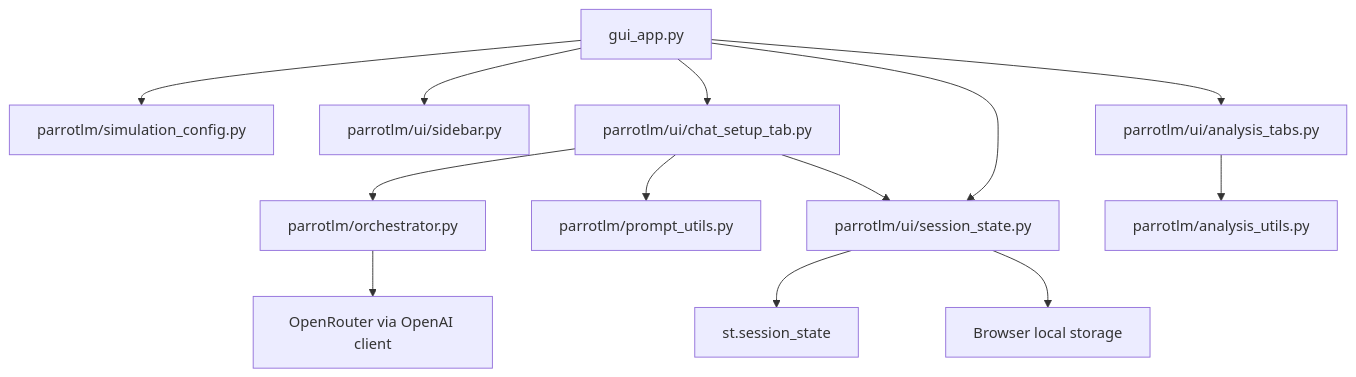
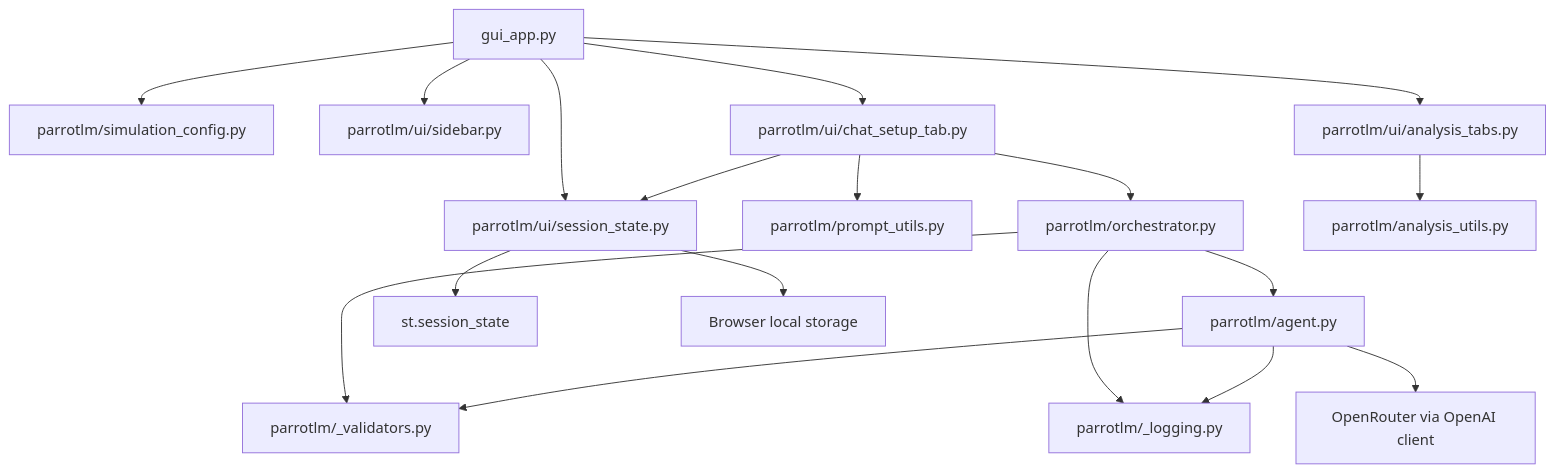
One commit to gdc0000/parrot-lm changed the diagram in module_map.md. Above: the diagram before and after it, drawn with Mermaid. The commit also changed other lines of this file and 6 other files, not shown here.

Commit message:
feat: Add LLM agent and orchestrator for conversational simulations with supporting validation and logging utilities.

````diff
--- a/module_map.md
+++ b/module_map.md
@@ -136,17 +166,23 @@
 ```mermaid
 graph TD
     app[gui_app.py] --> cfg[parrotlm/simulation_config.py]
     app --> side[parrotlm/ui/sidebar.py]
     app --> chat[parrotlm/ui/chat_setup_tab.py]
     app --> tabs[parrotlm/ui/analysis_tabs.py]
     app --> state[parrotlm/ui/session_state.py]
 
     chat --> prompt[parrotlm/prompt_utils.py]
     chat --> orch[parrotlm/orchestrator.py]
     tabs --> analysis[parrotlm/analysis_utils.py]
     chat --> state
 
-    orch --> openrouter[OpenRouter via OpenAI client]
+    orch --> agent[parrotlm/agent.py]
+    orch --> val[parrotlm/_validators.py]
+    orch --> log[parrotlm/_logging.py]
+    agent --> val
+    agent --> log
+    agent --> openrouter[OpenRouter via OpenAI client]
+
     state --> session[st.session_state]
     state --> local[Browser local storage]
 ```
````
